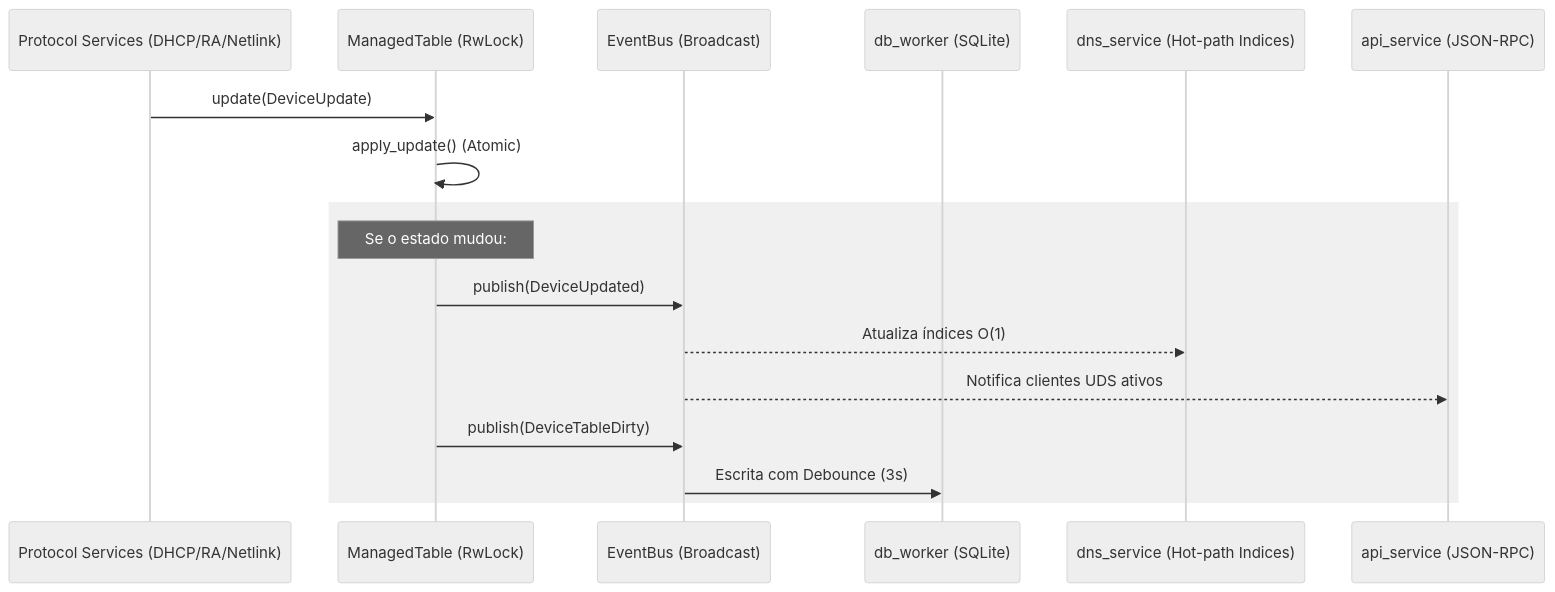
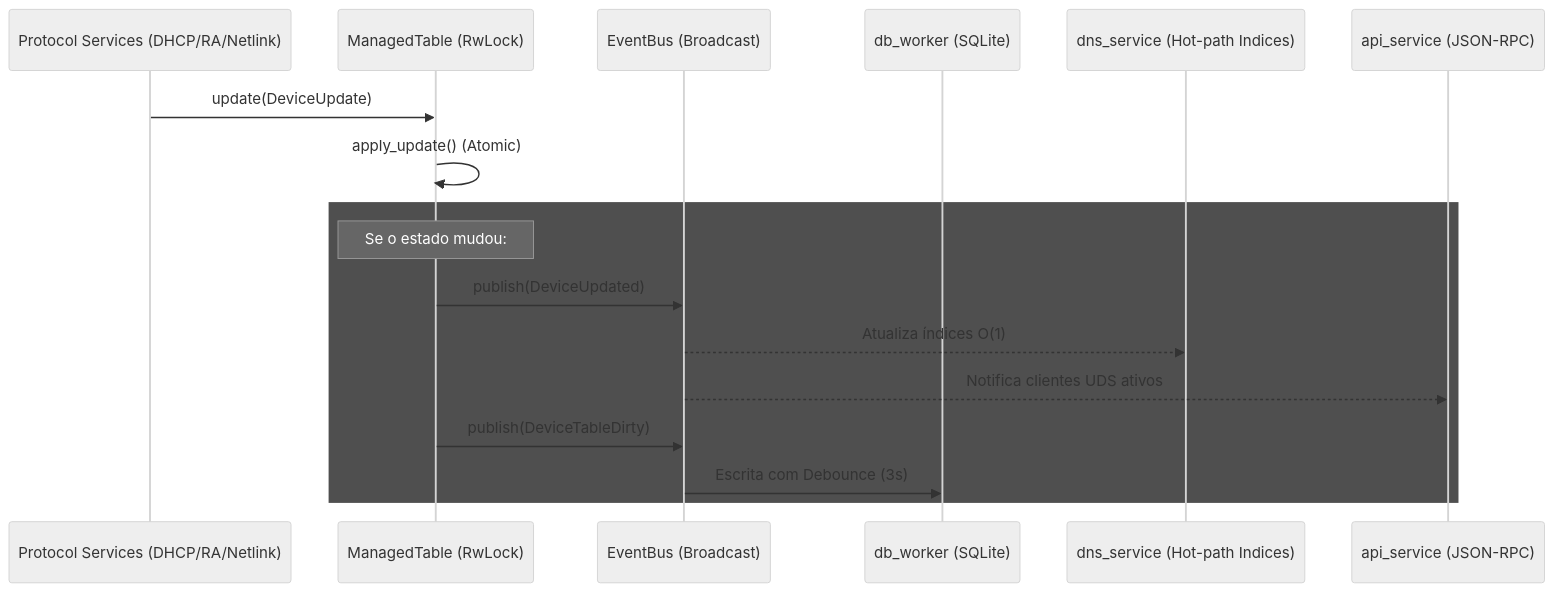
One commit to FerrahWolfeh/lanforge changed the second of 4 diagrams in ARCHITECTURE.md. Above: the diagram before and after it, drawn with Mermaid (neutral theme). The commit also changed other lines of this file, not shown here.

Commit message:
style: update mermaid diagram rect colors to dark theme palette

````diff
--- a/ARCHITECTURE.md
+++ b/ARCHITECTURE.md
@@ -74,21 +74,21 @@
 ```mermaid
 sequenceDiagram
     participant P as Protocol Services (DHCP/RA/Netlink)
     participant MT as ManagedTable (RwLock)
     participant EB as EventBus (Broadcast)
     participant DB as db_worker (SQLite)
     participant DNS as dns_service (Hot-path Indices)
     participant API as api_service (JSON-RPC)
 
     P->>MT: update(DeviceUpdate)
     MT->>MT: apply_update() (Atomic)
     
-    rect rgb(240, 240, 240)
+    rect rgba(79, 79, 79, 1)
     Note over MT: Se o estado mudou:
     MT->>EB: publish(DeviceUpdated)
     EB-->>DNS: Atualiza índices O(1)
     EB-->>API: Notifica clientes UDS ativos
     MT->>EB: publish(DeviceTableDirty)
     EB->>DB: Escrita com Debounce (3s)
     end
 ```
````
